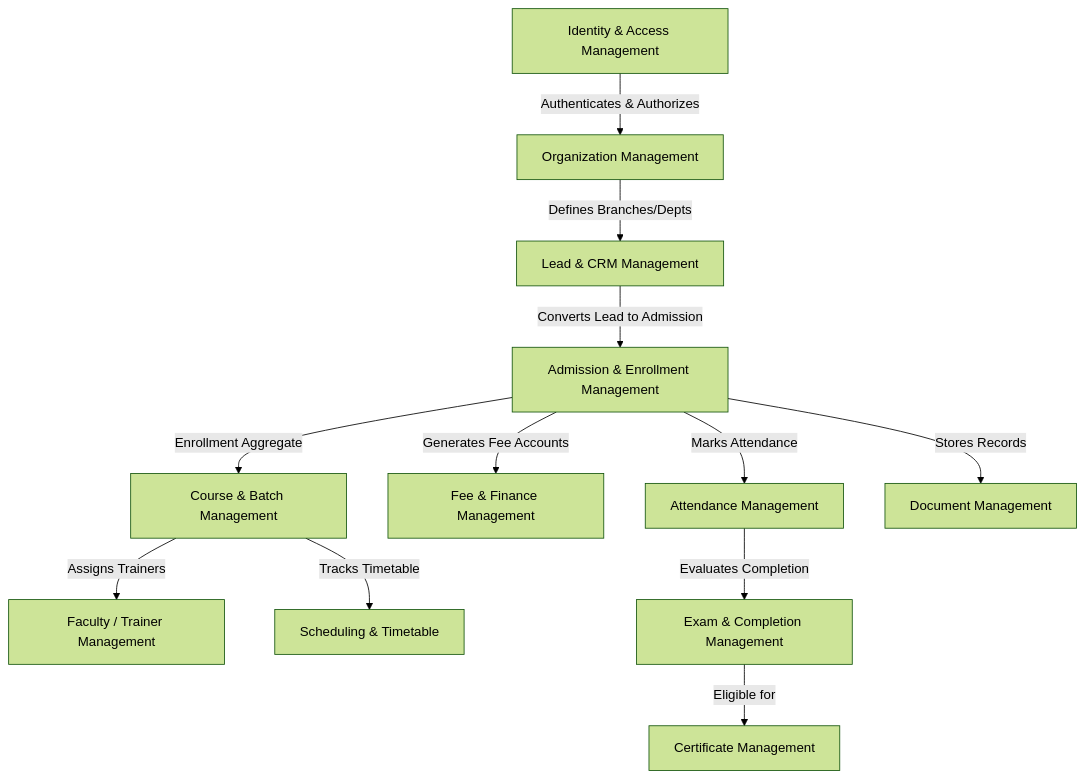
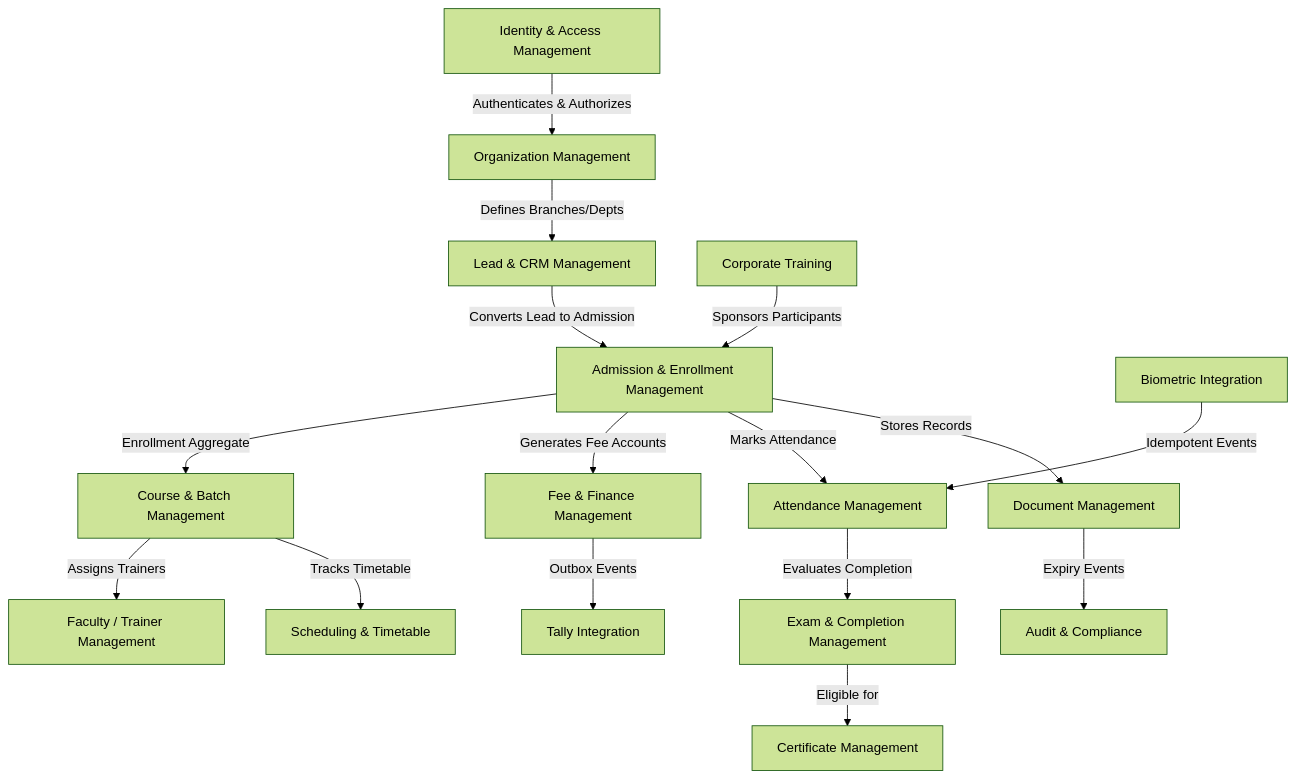
The first of 2 diagrams in docs/project-requirements-document.md (needuvazh/ims-v2), drawn with Mermaid (forest theme) before and after one commit. The commit also changed other lines of this file and 61 other files, not shown here.

````diff
--- a/docs/project-requirements-document.md
+++ b/docs/project-requirements-document.md
@@ -47,14 +50,18 @@
 ```mermaid
 graph TD
     IAM[Identity & Access Management] -->|Authenticates & Authorizes| Org[Organization Management]
     Org -->|Defines Branches/Depts| CRM[Lead & CRM Management]
     CRM -->|Converts Lead to Admission| Adm[Admission & Enrollment Management]
     Adm -->|Enrollment Aggregate| Course[Course & Batch Management]
     Adm -->|Generates Fee Accounts| Fin[Fee & Finance Management]
     Course -->|Assigns Trainers| Faculty[Faculty / Trainer Management]
     Course -->|Tracks Timetable| Schedule[Scheduling & Timetable]
     Adm -->|Marks Attendance| Attend[Attendance Management]
     Attend -->|Evaluates Completion| Exam[Exam & Completion Management]
     Exam -->|Eligible for| Cert[Certificate Management]
     Adm -->|Stores Records| Doc[Document Management]
+    Corp[Corporate Training] -->|Sponsors Participants| Adm
+    Fin -->|Outbox Events| Tally[Tally Integration]
+    Bio[Biometric Integration] -->|Idempotent Events| Attend
+    Doc -->|Expiry Events| Compliance[Audit & Compliance]
 ```
````
